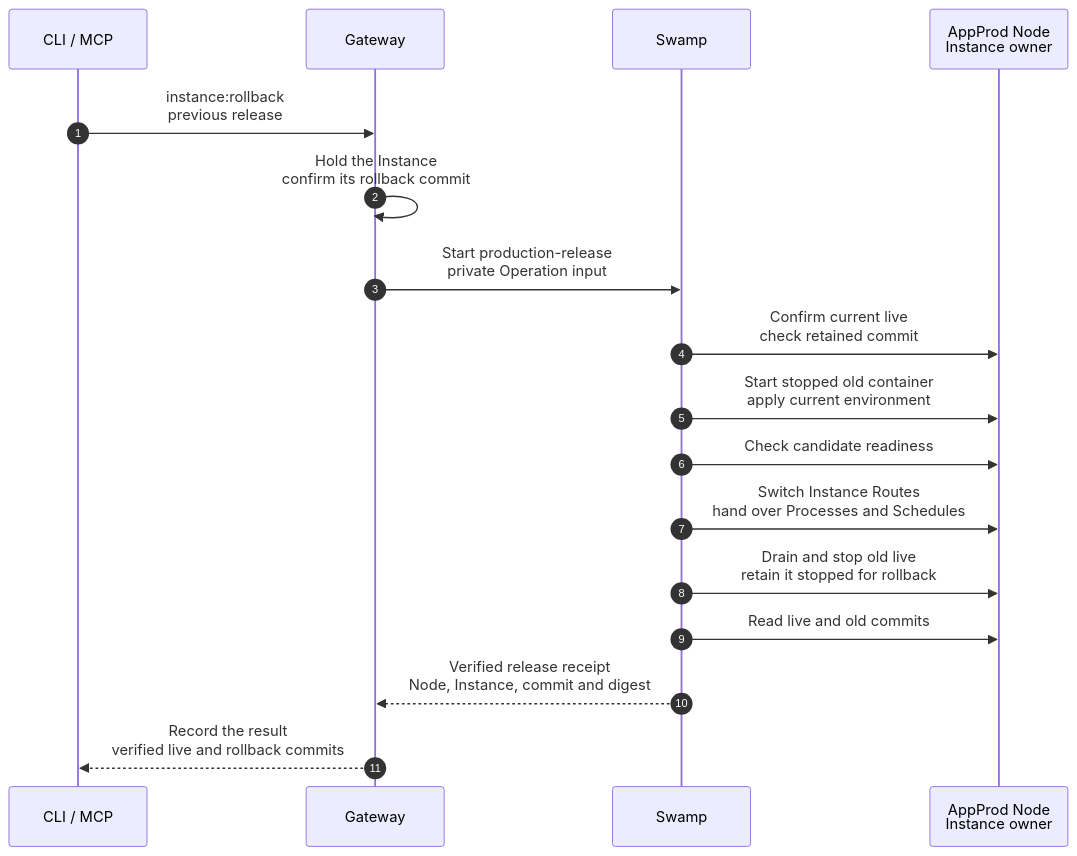
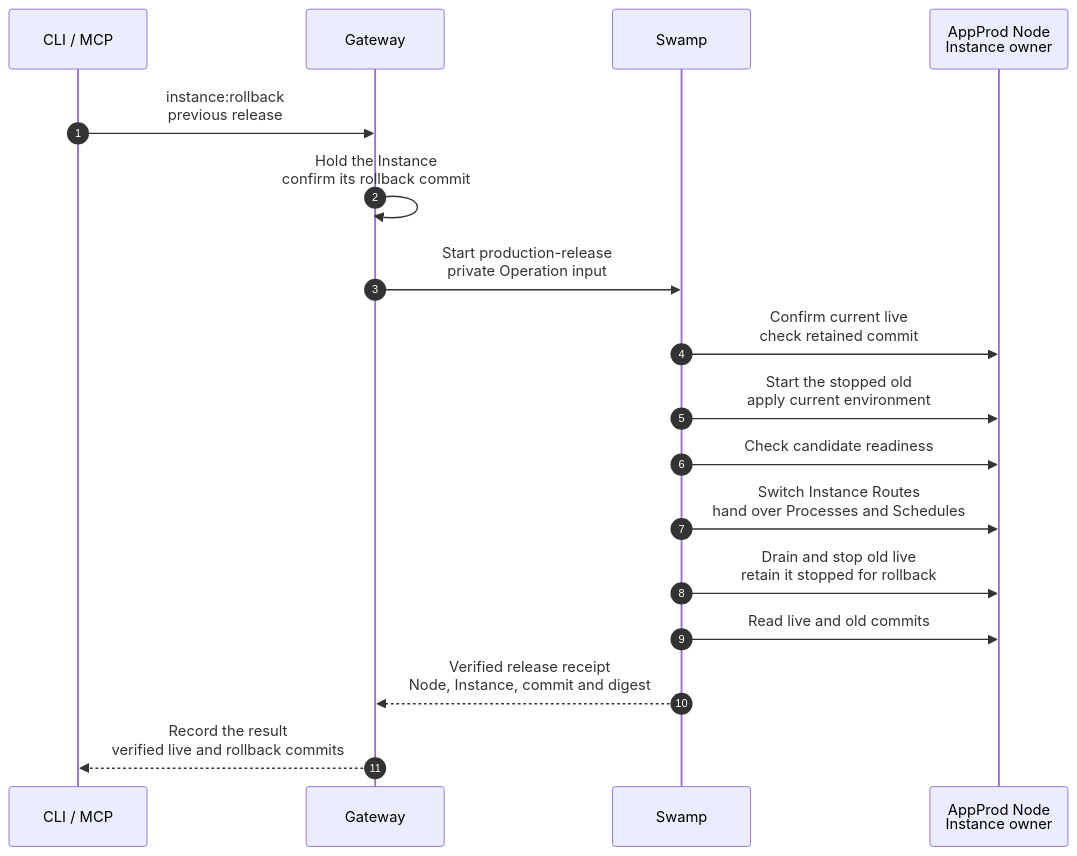
One commit to hardimpactdev/orbit changed the diagram in docs/cli/instance/container/rollback-production.mmd. Above: the diagram before and after it, drawn with Mermaid. The commit also changed 1 other file, not shown here.

Commit message:
Keep the Migrate comment inside its step so the chart check reads every step

```diff
--- a/docs/cli/instance/container/rollback-production.mmd
+++ b/docs/cli/instance/container/rollback-production.mmd
@@ -1,20 +1,20 @@
 sequenceDiagram
   %% command: instance:rollback
   %% kind: instance.rollback
   %% status: migrated
   autonumber
   participant CLI as CLI / MCP
   participant GW as Gateway
   participant SW as Swamp
   participant N as AppProd Node<br/>Instance owner
   CLI->>GW: instance:rollback<br/>previous release
   GW->>GW: Hold the Instance<br/>confirm its rollback commit
   GW->>SW: Start production-release<br/>private Operation input
   SW->>N: Confirm current live<br/>check retained commit
-  SW->>N: Start stopped old container<br/>apply current environment
+  SW->>N: Start the stopped old<br/>apply current environment
   SW->>N: Check candidate readiness
   SW->>N: Switch Instance Routes<br/>hand over Processes and Schedules
   SW->>N: Drain and stop old live<br/>retain it stopped for rollback
   SW->>N: Read live and old commits
   SW-->>GW: Verified release receipt<br/>Node, Instance, commit and digest
   GW-->>CLI: Record the result<br/>verified live and rollback commits
```
